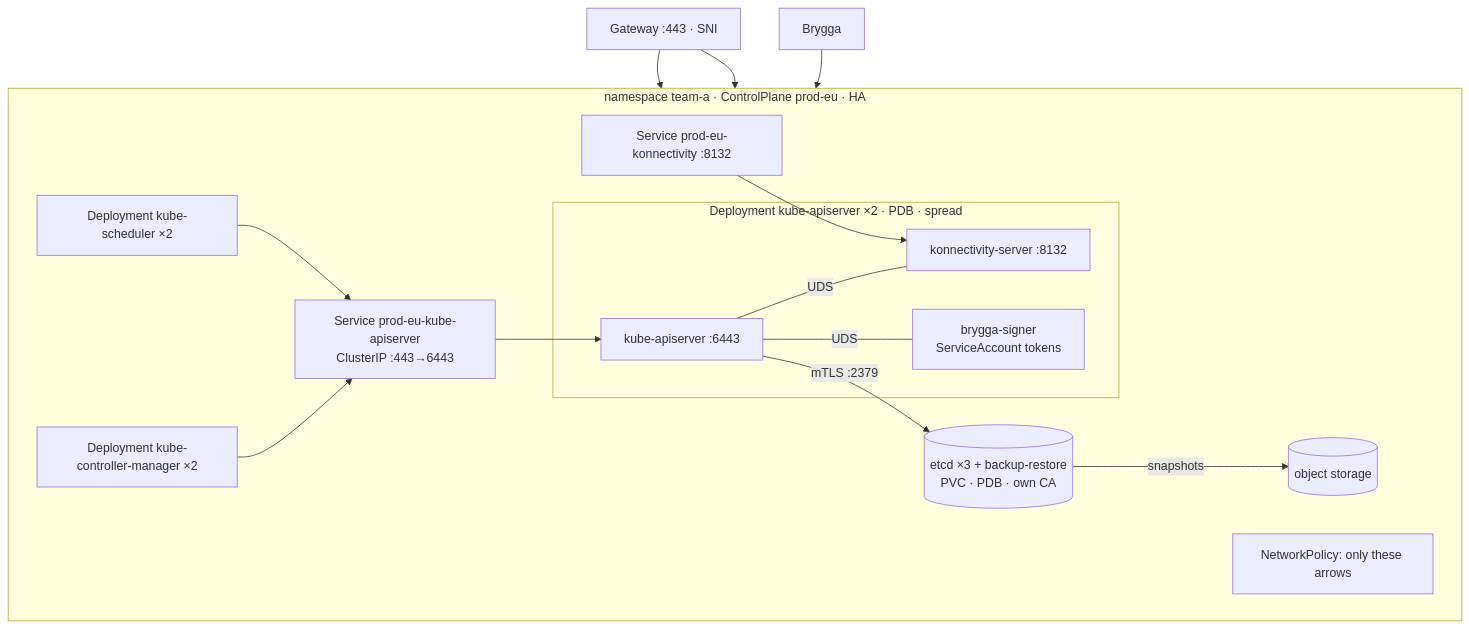
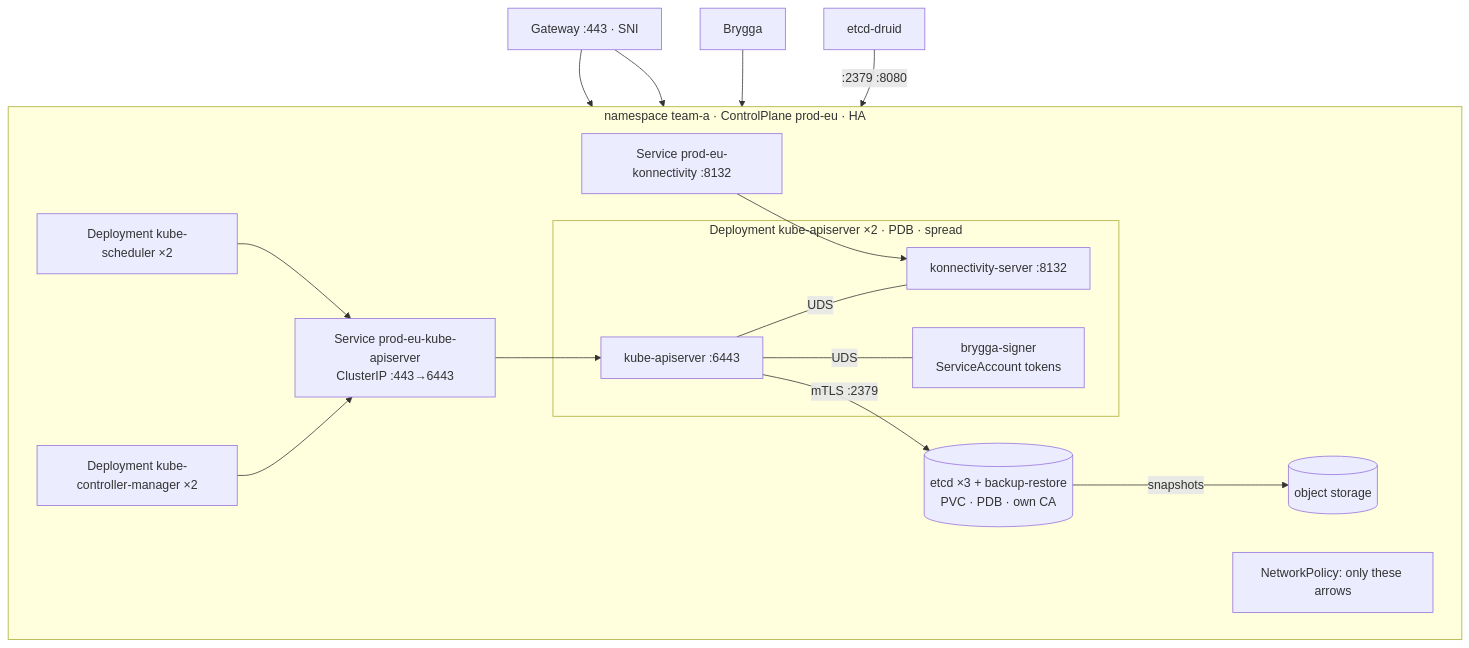
Before and after one commit to lodia-io/lodia: the third of 7 diagrams in docs/README.md, drawn with Mermaid. The commit also changed other lines of this file and 13 other files, not shown here.

First line of the commit message:
docs: the etcd spike — etcd-druid v0.39.0 under a tenant's API server (#3)

````diff
--- a/docs/README.md
+++ b/docs/README.md
@@ -107,23 +107,24 @@
 ```mermaid
 flowchart TB
   subgraph ns["namespace team-a · ControlPlane prod-eu · HA"]
     direction LR
     subgraph kas["Deployment kube-apiserver ×2 · PDB · spread"]
       a["kube-apiserver :6443"] ---|UDS| k["konnectivity-server :8132"]
       a ---|UDS| sg["brygga-signer<br/>ServiceAccount tokens"]
     end
     kcm["Deployment kube-controller-manager ×2"]
     sch["Deployment kube-scheduler ×2"]
     etcd[("etcd ×3 + backup-restore<br/>PVC · PDB · own CA")]
     svc["Service prod-eu-kube-apiserver<br/>ClusterIP :443→6443"]
     ksvc["Service prod-eu-konnectivity :8132"]
     np["NetworkPolicy: only these arrows"]
     kcm --> svc --> a
     sch --> svc
     a -->|mTLS :2379| etcd
     etcd -->|snapshots| s3[(object storage)]
   end
   gw["Gateway :443 · SNI"] --> svc
   gw --> ksvc --> k
   op["Brygga"] --> svc
+  druid["etcd-druid"] -->|:2379 :8080| etcd
 ```
````
